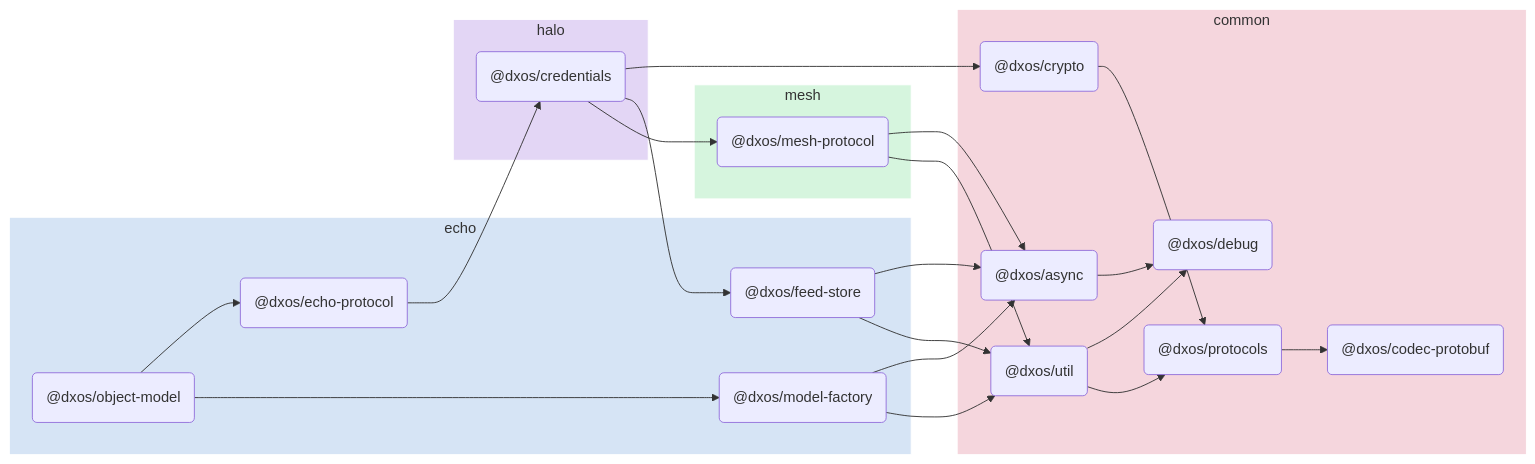
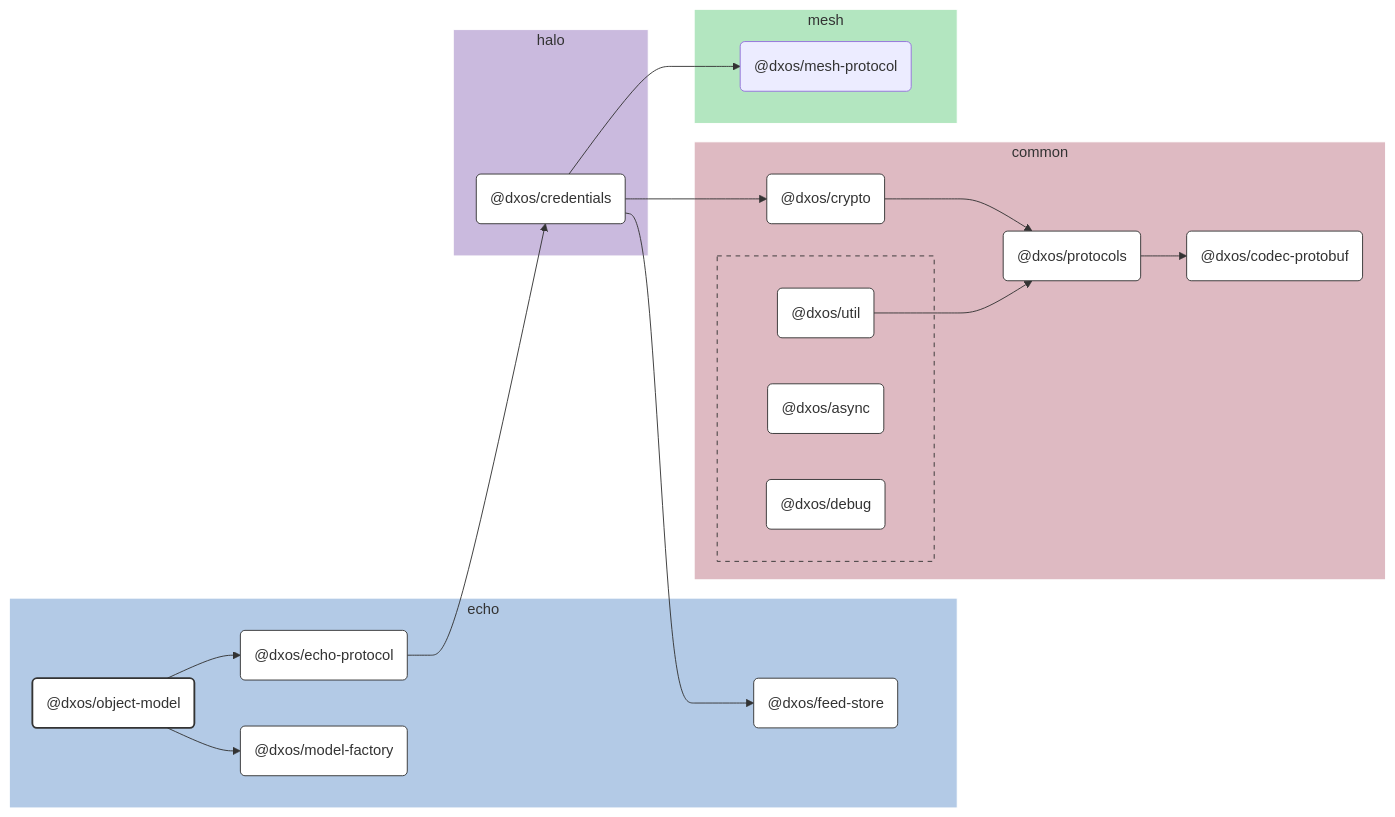
Before and after one commit to dxos/dxos: the diagram in packages/echo/object-model/docs/README.md, drawn with Mermaid. The commit also changed other lines of this file and 109 other files, not shown here.

````diff
--- a/packages/echo/object-model/docs/README.md
+++ b/packages/echo/object-model/docs/README.md
@@ -5,49 +7,85 @@
 ```mermaid
-flowchart LR;
+%%{ init: {'flowchart':{'curve':'basis'}} }%%
 
+flowchart LR
+
+%% Links
+dxos/credentials --> dxos/crypto;
+dxos/credentials --> dxos/feed-store;
+dxos/credentials --> dxos/mesh-protocol;
+dxos/crypto --> dxos/protocols;
+dxos/echo-protocol --> dxos/credentials;
+dxos/object-model --> dxos/echo-protocol;
+dxos/object-model --> dxos/model-factory;
+dxos/protocols --> dxos/codec-protobuf;
+dxos/util --> dxos/protocols;
+
+%% Sections
 subgraph echo
-  style echo fill:#d6e4f5,stroke:#fff;
-  dxos/object-model("@dxos/object-model");
-  dxos/echo-protocol("@dxos/echo-protocol");
-  dxos/feed-store("@dxos/feed-store");
-  dxos/model-factory("@dxos/model-factory");
+  style echo fill:#b3cae6,stroke:#fff;
+
+  dxos/echo-protocol("@dxos/echo-protocol")
+  dxos/feed-store("@dxos/feed-store")
+  dxos/model-factory("@dxos/model-factory")
+  dxos/object-model("@dxos/object-model")
 end
 
 subgraph common
-  style common fill:#f5d6dd,stroke:#fff;
-  dxos/async("@dxos/async");
-  dxos/debug("@dxos/debug");
-  dxos/codec-protobuf("@dxos/codec-protobuf");
-  dxos/crypto("@dxos/crypto");
-  dxos/protocols("@dxos/protocols");
-  dxos/util("@dxos/util");
+  style common fill:#debac2,stroke:#fff;
+
+  dxos/codec-protobuf("@dxos/codec-protobuf")
+  dxos/crypto("@dxos/crypto")
+  dxos/protocols("@dxos/protocols")
+
+  subgraph common-excluded [ ]
+    style common-excluded fill:#debac2,stroke:#333,stroke-dasharray:5 5;
+
+    dxos/async("@dxos/async")
+    dxos/debug("@dxos/debug")
+    dxos/util("@dxos/util")
+  end
 end
 
 subgraph halo
-  style halo fill:#e3d6f5,stroke:#fff;
-  dxos/credentials("@dxos/credentials");
+  style halo fill:#cabade,stroke:#fff;
+
+  dxos/credentials("@dxos/credentials")
 end
 
 subgraph mesh
-  style mesh fill:#d6f5de,stroke:#fff;
-  dxos/mesh-protocol("@dxos/mesh-protocol");
+  style mesh fill:#b3e6c0,stroke:#fff;
+
+  dxos/mesh-protocol("@dxos/mesh-protocol")
 end
 
-dxos/async --> dxos/debug;
-dxos/object-model --> dxos/echo-protocol;
-dxos/echo-protocol --> dxos/credentials;
-dxos/credentials --> dxos/crypto;
-dxos/crypto --> dxos/protocols;
-dxos/protocols --> dxos/codec-protobuf;
-dxos/credentials --> dxos/feed-store;
-dxos/feed-store --> dxos/async;
-dxos/feed-store --> dxos/util;
-dxos/util --> dxos/debug;
-dxos/util --> dxos/protocols;
-dxos/credentials --> dxos/mesh-protocol;
-dxos/mesh-protocol --> dxos/async;
-dxos/mesh-protocol --> dxos/util;
-dxos/object-model --> dxos/model-factory;
-dxos/model-factory --> dxos/async;
-dxos/model-factory --> dxos/util;
+
+%% Hyperlinks
+click dxos/async href "https:/github.com/dxos/dxos/tree/main/packages/common/async/docs";
+click dxos/codec-protobuf href "https:/github.com/dxos/dxos/tree/main/packages/common/codec-protobuf/docs";
+click dxos/credentials href "https:/github.com/dxos/dxos/tree/main/packages/halo/credentials/docs";
+click dxos/crypto href "https:/github.com/dxos/dxos/tree/main/packages/common/crypto/docs";
+click dxos/debug href "https:/github.com/dxos/dxos/tree/main/packages/common/debug/docs";
+click dxos/echo-protocol href "https:/github.com/dxos/dxos/tree/main/packages/echo/echo-protocol/docs";
+click dxos/feed-store href "https:/github.com/dxos/dxos/tree/main/packages/echo/feed-store/docs";
+click dxos/model-factory href "https:/github.com/dxos/dxos/tree/main/packages/echo/model-factory/docs";
+click dxos/protocols href "https:/github.com/dxos/dxos/tree/main/packages/common/protocols/docs";
+click dxos/util href "https:/github.com/dxos/dxos/tree/main/packages/common/util/docs";
+
+%% Styles
+classDef rootNode fill:#fff,stroke:#333,stroke-width:2px
+classDef defaultNode fill:#fff,stroke:#333,stroke-width:1px
+linkStyle default stroke:#333,stroke-width:1px
+
+dxos/object-model:::rootNode
+
+dxos/async:::defaultNode
+dxos/codec-protobuf:::defaultNode
+dxos/credentials:::defaultNode
+dxos/crypto:::defaultNode
+dxos/debug:::defaultNode
+dxos/echo-protocol:::defaultNode
+dxos/feed-store:::defaultNode
+dxos/model-factory:::defaultNode
+dxos/protocols:::defaultNode
+dxos/util:::defaultNode
 ```
````
